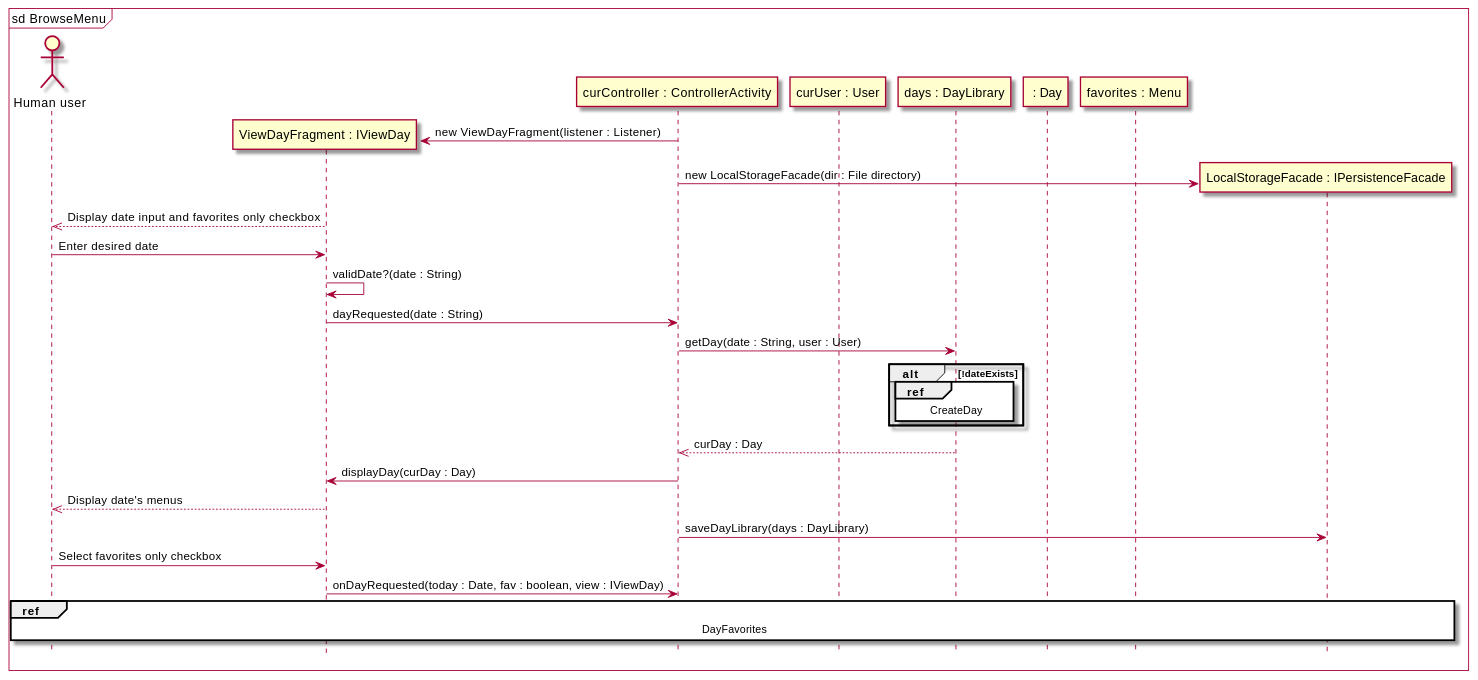
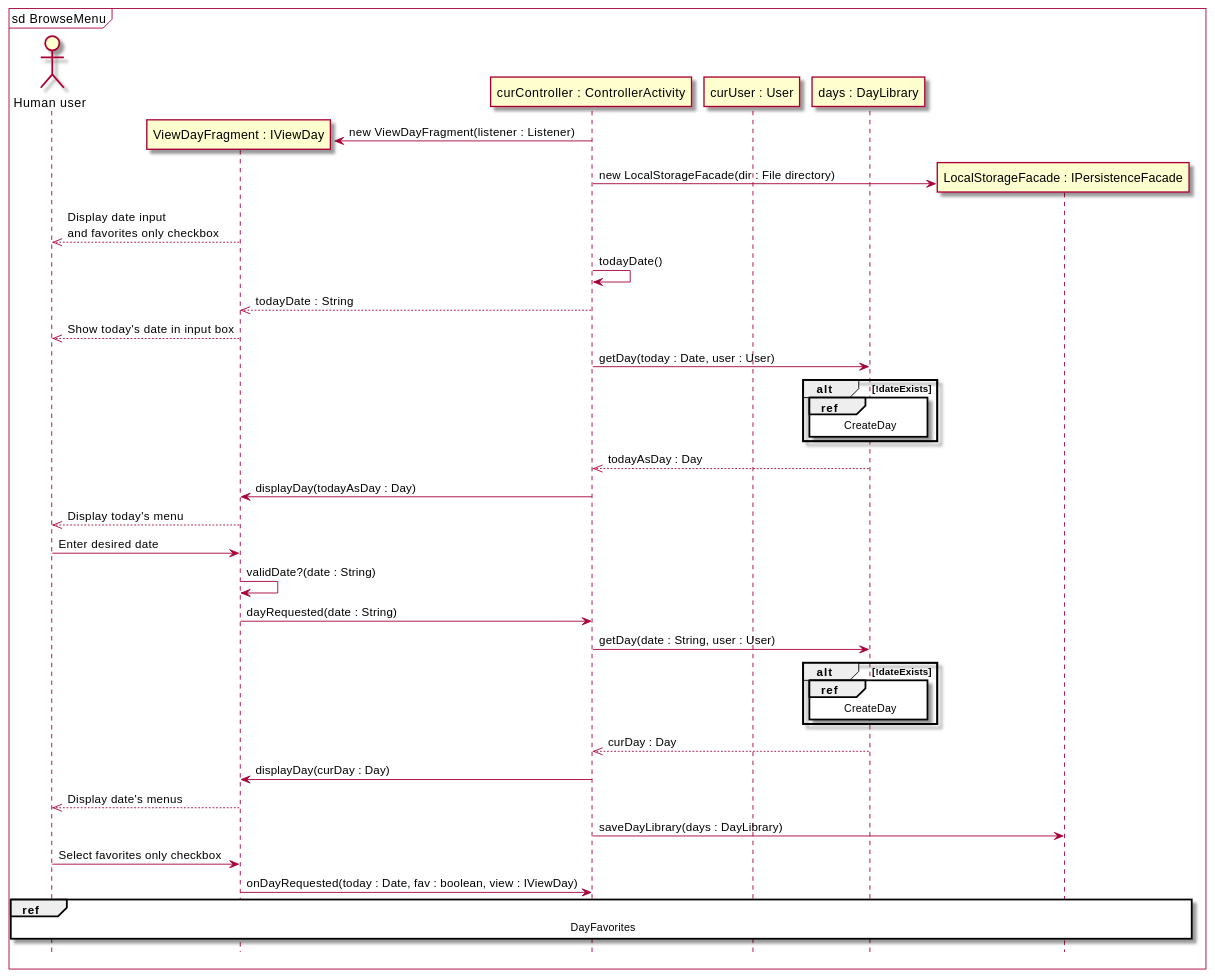
The fifth of 10 diagrams in intellij/doc/design.md (sashap100/Vassar-Dining-App), drawn with PlantUML before and after one commit.

Commit message:
Updated browse menu diagram to reflect actual functionality

````diff
--- a/intellij/doc/design.md
+++ b/intellij/doc/design.md
@@ -283,39 +283,49 @@
 ```plantuml
 
 @startuml
 skin rose
 hide footbox
 mainframe sd BrowseMenu
 
 actor "Human user" as human
 participant "ViewDayFragment : IViewDay" as ui
 participant "curController : ControllerActivity" as controller
 participant "curUser : User" as user
 participant "days : DayLibrary" as days
-participant " : Day" as day
-participant "favorites : Menu" as faves
 participant "LocalStorageFacade : IPersistenceFacade" as persistence
 
 controller -> ui **: new ViewDayFragment(listener : Listener)
 controller -> persistence **: new LocalStorageFacade(dir : File directory)
-ui -->> human : Display date input and favorites only checkbox
+ui -->> human : Display date input \nand favorites only checkbox
+controller -> controller : todayDate()
+controller -->> ui : todayDate : String
+ui -->> human : Show today's date in input box
+controller -> days : getDay(today : Date, user : User)
+alt !dateExists
+    ref over days
+    CreateDay
+    end ref
+end
+days -->> controller : todayAsDay : Day
+controller -> ui : displayDay(todayAsDay : Day)
+ui -->> human : Display today's menu
 human -> ui : Enter desired date
 ui -> ui : validDate?(date : String)
 ui -> controller : dayRequested(date : String)
 controller -> days : getDay(date : String, user : User)
 alt !dateExists
     ref over days
     CreateDay
     end ref
 end
 days -->> controller : curDay : Day
 controller -> ui : displayDay(curDay : Day)
 ui -->> human : Display date's menus
 controller -> persistence : saveDayLibrary(days : DayLibrary)
 human -> ui : Select favorites only checkbox
 ui -> controller : onDayRequested(today : Date, fav : boolean, view : IViewDay)
 ref over human,ui,controller,user,persistence
     DayFavorites
 end ref
 @enduml
 ```
````
